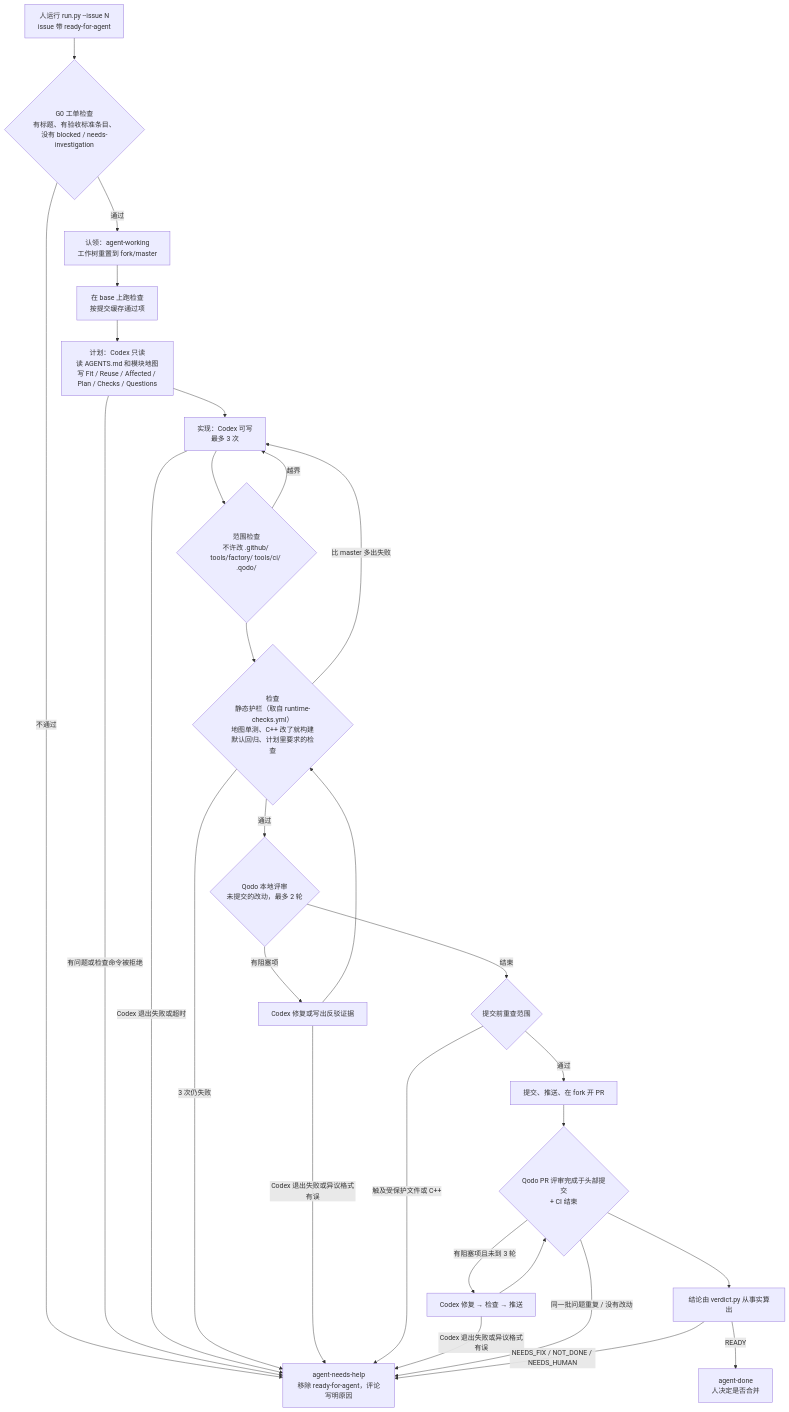
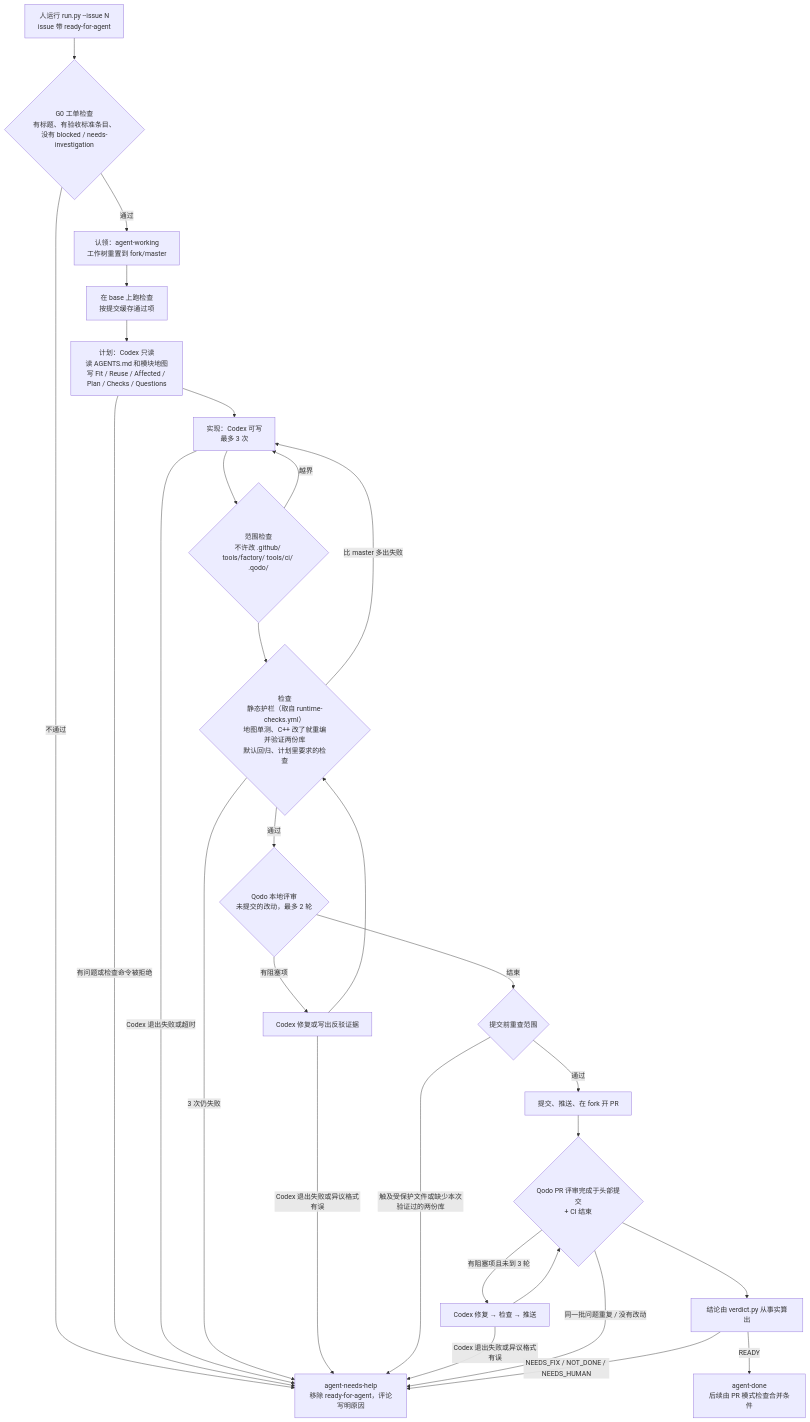
The diagram in docs/factory/README.md (HkingAuditore/Project.Keynes), drawn with Mermaid before and after one commit. The commit also changed other lines of this file and 16 other files, not shown here.

````diff
--- a/docs/factory/README.md
+++ b/docs/factory/README.md
@@ -37,29 +49,29 @@
 ```mermaid
 flowchart TD
   T[人运行 run.py --issue N<br/>issue 带 ready-for-agent] --> G0{G0 工单检查<br/>有标题、有验收标准条目、<br/>没有 blocked / needs-investigation}
   G0 -- 不通过 --> H[agent-needs-help<br/>移除 ready-for-agent，评论写明原因]
   G0 -- 通过 --> W[认领：agent-working<br/>工作树重置到 fork/master]
   W --> B[在 base 上跑检查<br/>按提交缓存通过项]
   B --> P[计划：Codex 只读<br/>读 AGENTS.md 和模块地图<br/>写 Fit / Reuse / Affected / Plan / Checks / Questions]
   P -- 有问题或检查命令被拒绝 --> H
   P --> I[实现：Codex 可写<br/>最多 3 次]
   I -- Codex 退出失败或超时 --> H
   I --> S{范围检查<br/>不许改 .github/ tools/factory/ tools/ci/ .qodo/}
   S -- 越界 --> I
-  S --> C{检查<br/>静态护栏（取自 runtime-checks.yml）<br/>地图单测、C++ 改了就构建<br/>默认回归、计划里要求的检查}
+  S --> C{检查<br/>静态护栏（取自 runtime-checks.yml）<br/>地图单测、C++ 改了就重编并验证两份库<br/>默认回归、计划里要求的检查}
   C -- 比 master 多出失败 --> I
   C -- 3 次仍失败 --> H
   C -- 通过 --> L{Qodo 本地评审<br/>未提交的改动，最多 2 轮}
   L -- 有阻塞项 --> F1[Codex 修复或写出反驳证据] --> C
   F1 -- Codex 退出失败或异议格式有误 --> H
   L -- 结束 --> S2{提交前重查范围}
-  S2 -- 触及受保护文件或 C++ --> H
+  S2 -- 触及受保护文件或缺少本次验证过的两份库 --> H
   S2 -- 通过 --> PR[提交、推送、在 fork 开 PR]
   PR --> R{Qodo PR 评审完成于头部提交<br/>+ CI 结束}
   R -- 有阻塞项且未到 3 轮 --> F2[Codex 修复 → 检查 → 推送] --> R
   F2 -- Codex 退出失败或异议格式有误 --> H
   R -- 同一批问题重复 / 没有改动 --> H
   R --> V[结论由 verdict.py 从事实算出]
-  V -- READY --> D[agent-done<br/>人决定是否合并]
+  V -- READY --> D[agent-done<br/>后续由 PR 模式检查合并条件]
   V -- NEEDS_FIX / NOT_DONE / NEEDS_HUMAN --> H
 ```
````
